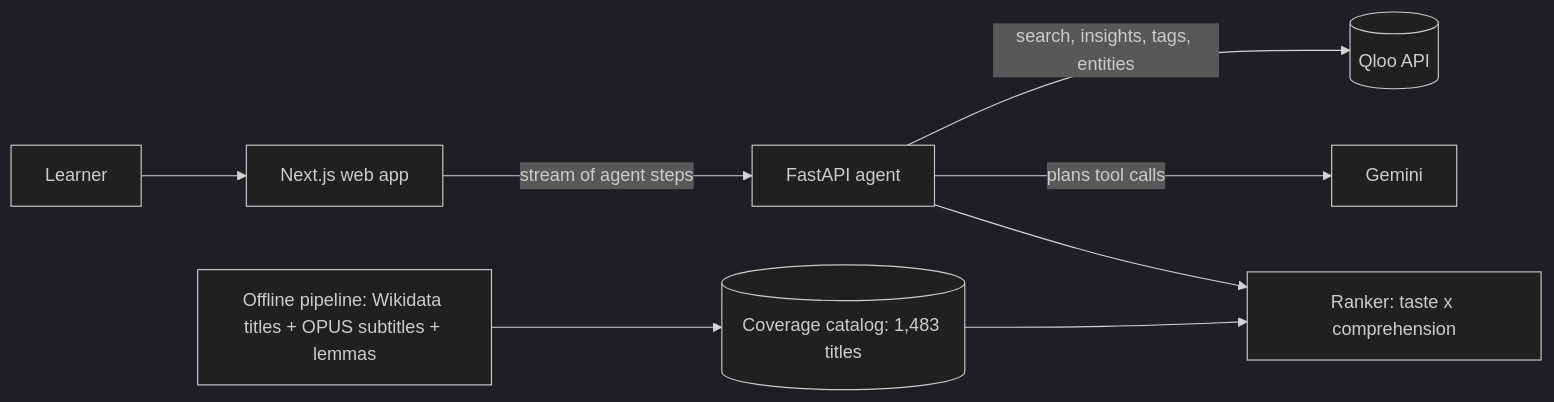
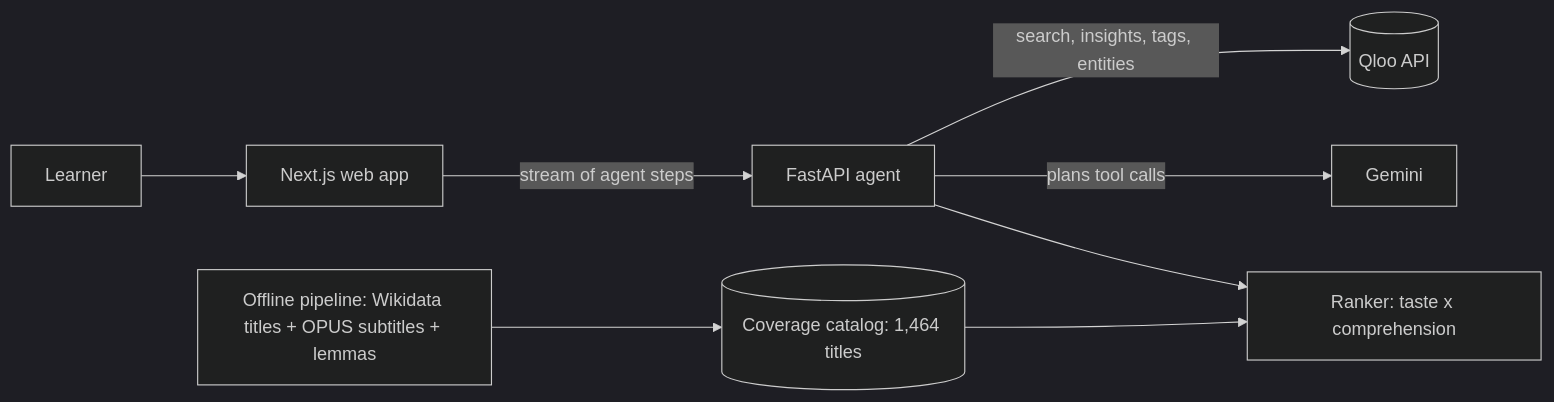
Before and after one commit to BriceZemba/comprende: the diagram in README.md, drawn with Mermaid (dark theme). The commit also changed other lines of this file and 18 other files, not shown here.

````diff
--- a/README.md
+++ b/README.md
@@ -48,10 +48,10 @@
 ```mermaid
 flowchart LR
   U[Learner] --> W[Next.js web app]
   W -->|stream of agent steps| A[FastAPI agent]
   A -->|search, insights, tags, entities| Q[(Qloo API)]
   A -->|plans tool calls| G[Gemini]
   A --> R[Ranker: taste x comprehension]
-  C[(Coverage catalog: 1,483 titles)] --> R
+  C[(Coverage catalog: 1,464 titles)] --> R
   P[Offline pipeline: Wikidata titles + OPUS subtitles + lemmas] --> C
 ```
````
